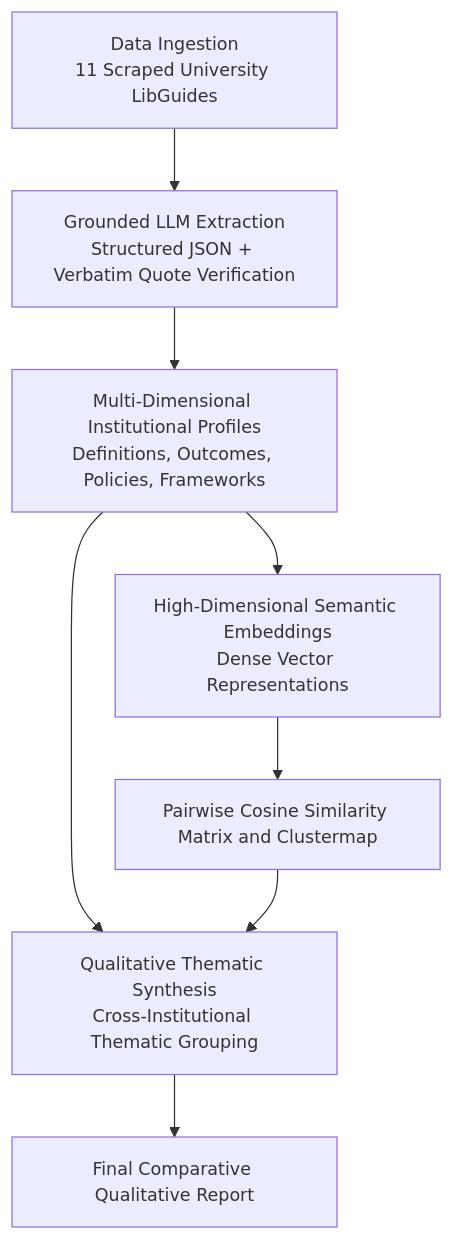
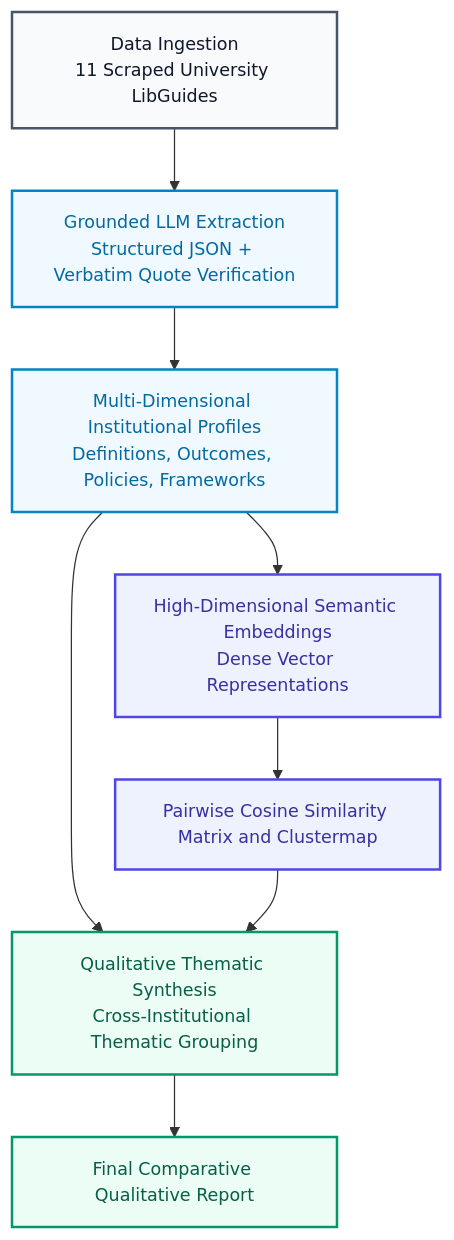
One commit to UCSB-Library-Research-Data-Services/AI-Literacy changed the diagram in methods.qmd. Above: the diagram before and after it, drawn with Mermaid. The commit also changed 16 other files, not shown here.

First line of the commit message:
Refactor Mermaid styles and enhance flowchart definitions

````diff
--- a/methods.qmd
+++ b/methods.qmd
@@ -13,25 +13,35 @@
 ```{mermaid}
 %%| fig-cap: "Three-Stage Computational Qualitative Analysis Pipeline"
 %%{init: {'flowchart': {'htmlLabels': false}, 'themeVariables': {'fontSize': '14px'}}}%%
 flowchart TD
     D["`Data Ingestion
         11 Scraped University LibGuides`"]
     S1["`Grounded LLM Extraction
          Structured JSON + Verbatim Quote Verification`"]
     P["`Multi-Dimensional Institutional Profiles
         Definitions, Outcomes, Policies, Frameworks`"]
     S2["`High-Dimensional Semantic Embeddings
          Dense Vector Representations`"]
     M["Pairwise Cosine Similarity Matrix and Clustermap"]
     S3["`Qualitative Thematic Synthesis
          Cross-Institutional Thematic Grouping`"]
     R["Final Comparative Qualitative Report"]
     
     D --> S1
     S1 --> P
     P --> S2
     S2 --> M
     P --> S3
     M --> S3
     S3 --> R
+
+    classDef data fill:#f8fafc,stroke:#475569,stroke-width:2px,color:#0f172a;
+    classDef stage1 fill:#f0f9ff,stroke:#0284c7,stroke-width:2px,color:#0369a1;
+    classDef stage2 fill:#eef2ff,stroke:#4f46e5,stroke-width:2px,color:#3730a3;
+    classDef stage3 fill:#ecfdf5,stroke:#059669,stroke-width:2px,color:#065f46;
+
+    class D data;
+    class S1,P stage1;
+    class S2,M stage2;
+    class S3,R stage3;
 ```
````
